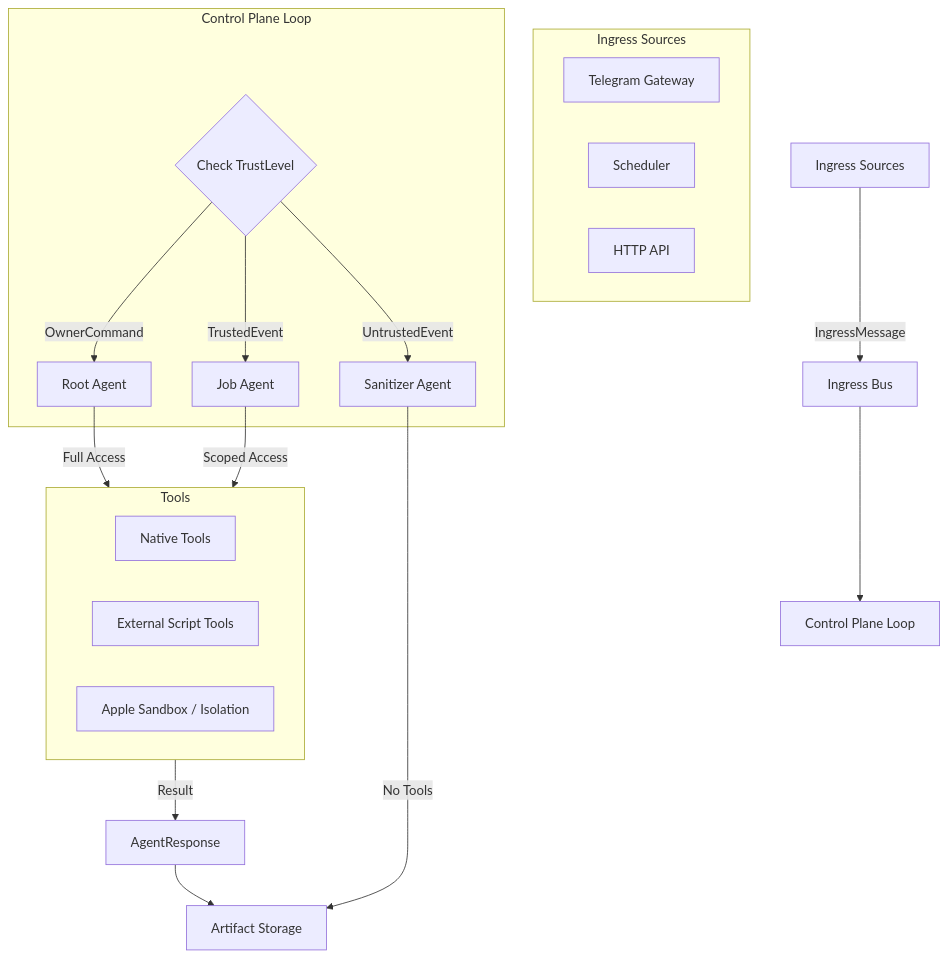
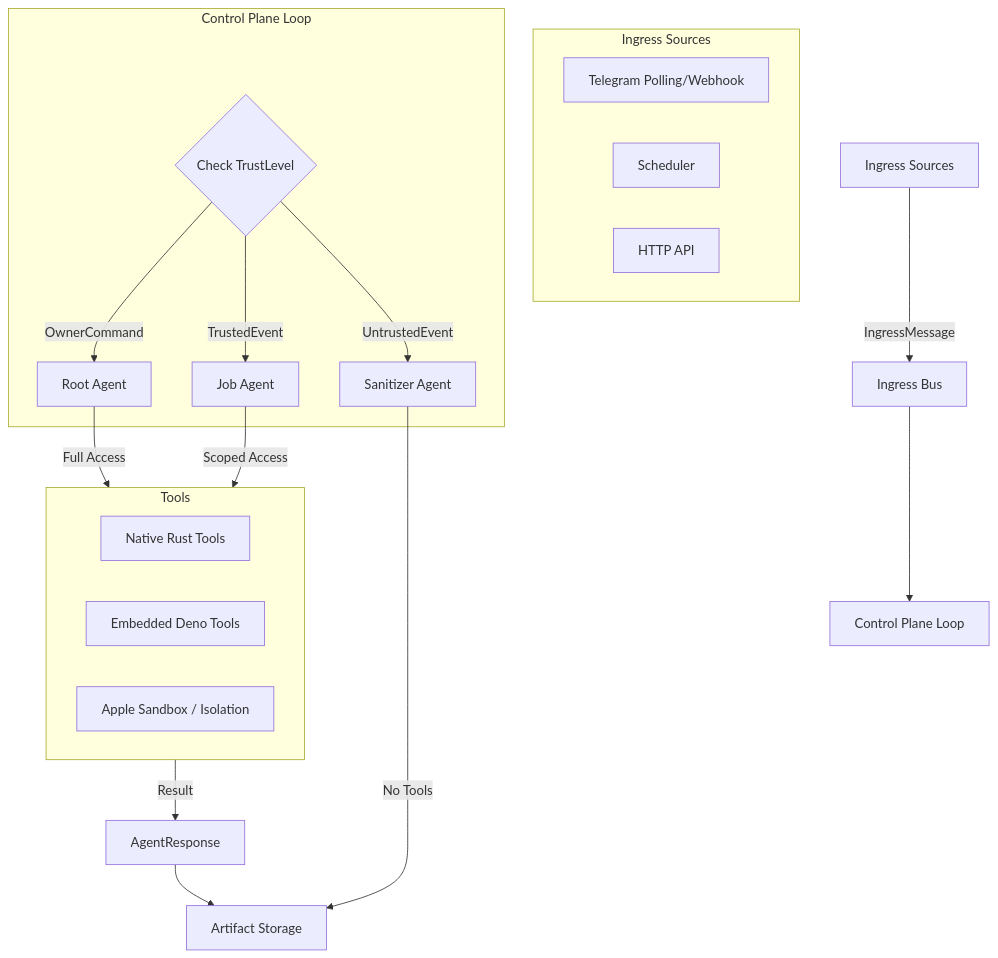
One commit to kir-gadjello/zier-alpha changed the diagram in README.md. Above: the diagram before and after it, drawn with Mermaid. The commit also changed other lines of this file and 7 other files, not shown here.

Commit message:
add telegram long polling mode

````diff
--- a/README.md
+++ b/README.md
@@ -83,33 +77,32 @@
 ```mermaid
 graph TD
     Ingress[Ingress Sources] -->|IngressMessage| Bus[Ingress Bus]
 
     subgraph Ingress Sources
-        Telegram[Telegram Gateway]
+        Telegram[Telegram Polling/Webhook]
         Cron[Scheduler]
         API[HTTP API]
     end
 
     Bus --> ControlPlane[Control Plane Loop]
 
     subgraph Control Plane Loop
         TrustCheck{Check TrustLevel}
         TrustCheck -->|OwnerCommand| RootAgent[Root Agent]
         TrustCheck -->|TrustedEvent| JobAgent[Job Agent]
         TrustCheck -->|UntrustedEvent| Sanitizer[Sanitizer Agent]
     end
 
     RootAgent -->|Full Access| Tools
     JobAgent -->|Scoped Access| Tools
     Sanitizer -->|No Tools| Artifacts
 
     subgraph Tools
-        Native[Native Tools]
-        Script[External Script Tools]
+        Native[Native Rust Tools]
+        JS[Embedded Deno Tools]
         Sandbox[Apple Sandbox / Isolation]
     end
 
     Tools -->|Result| AgentResponse
     AgentResponse --> Artifacts[Artifact Storage]
-
 ```
````
